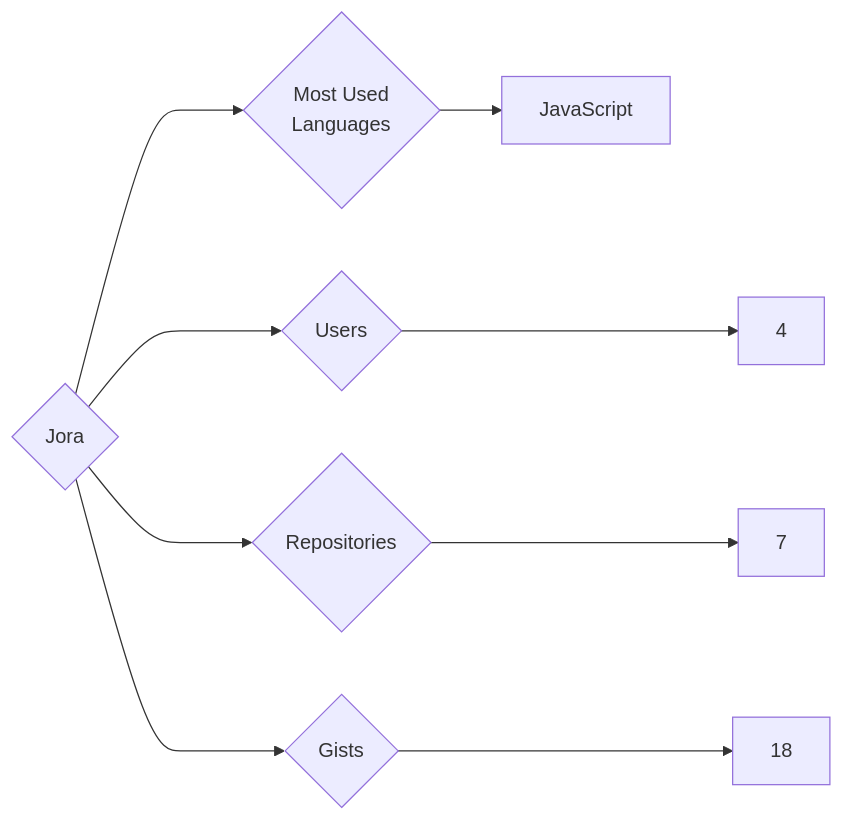
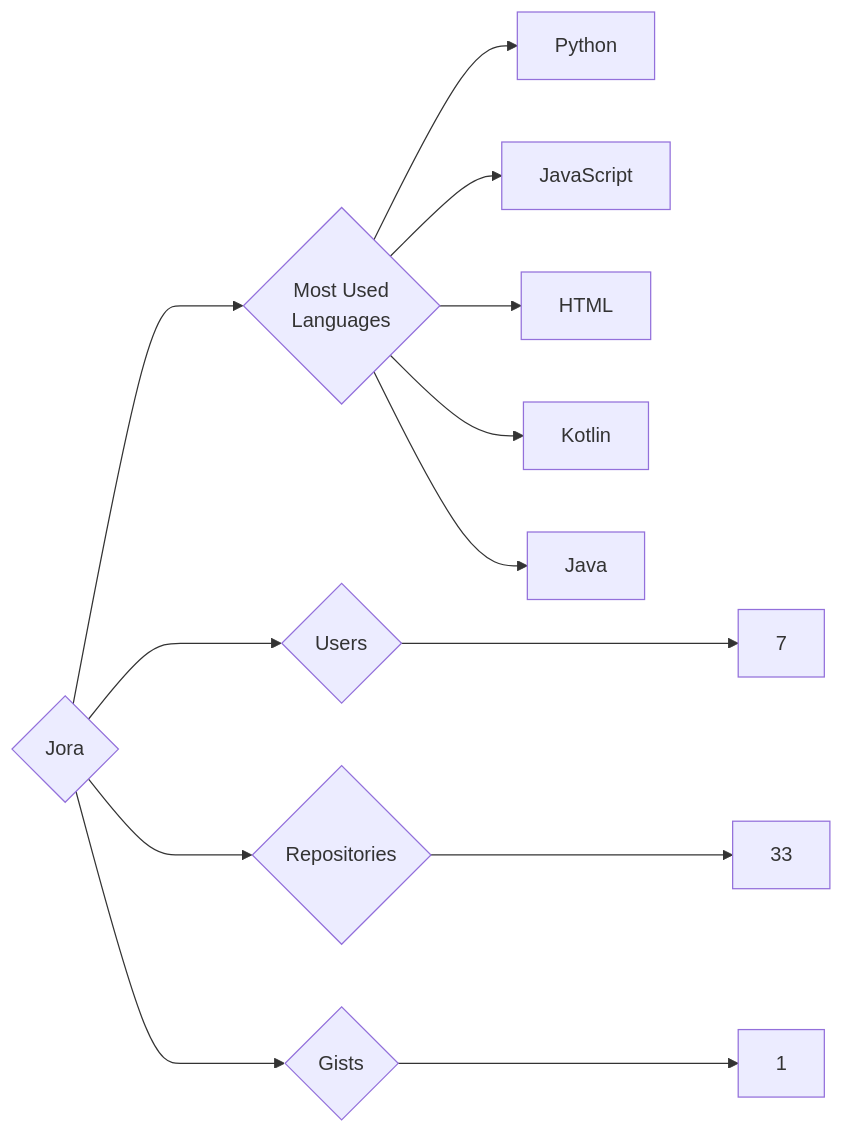
Before and after one commit to trickest/insiders: the diagram in targets/Jora/README.md, drawn with Mermaid. The commit also changed 916 other files, not shown here.

````diff
--- a/targets/Jora/README.md
+++ b/targets/Jora/README.md
@@ -3,9 +3,13 @@
 ```mermaid
 graph LR
 COMPANY_NAME{Jora}
-COMPANY_NAME ---> U{Users} ---> UN[4]
-COMPANY_NAME ---> R{Repositories} ---> RN[7]
-COMPANY_NAME ---> G{Gists} ---> GN[18]
+COMPANY_NAME ---> U{Users} ---> UN[7]
+COMPANY_NAME ---> R{Repositories} ---> RN[33]
+COMPANY_NAME ---> G{Gists} ---> GN[1]
 COMPANY_NAME ---> ML{Most Used<br>Languages}
+ML --> Python[Python]
 ML --> JavaScript[JavaScript]
+ML --> HTML[HTML]
+ML --> Kotlin[Kotlin]
+ML --> Java[Java]
 ```
````
